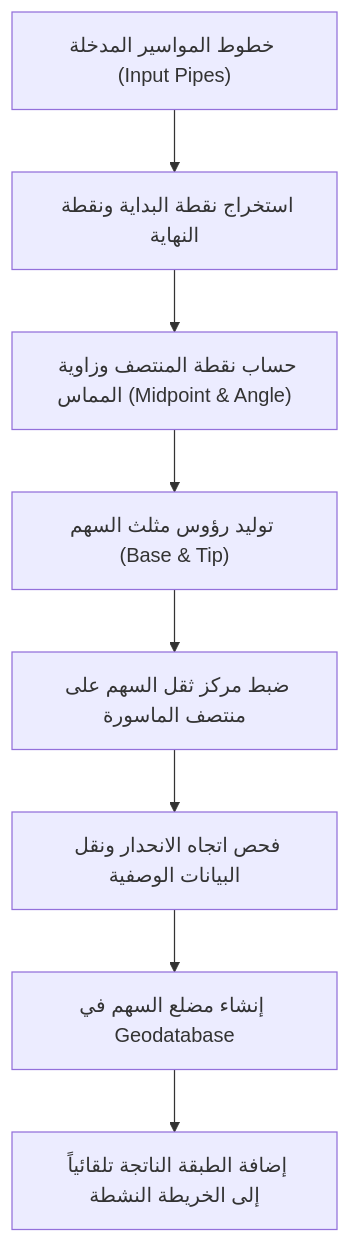
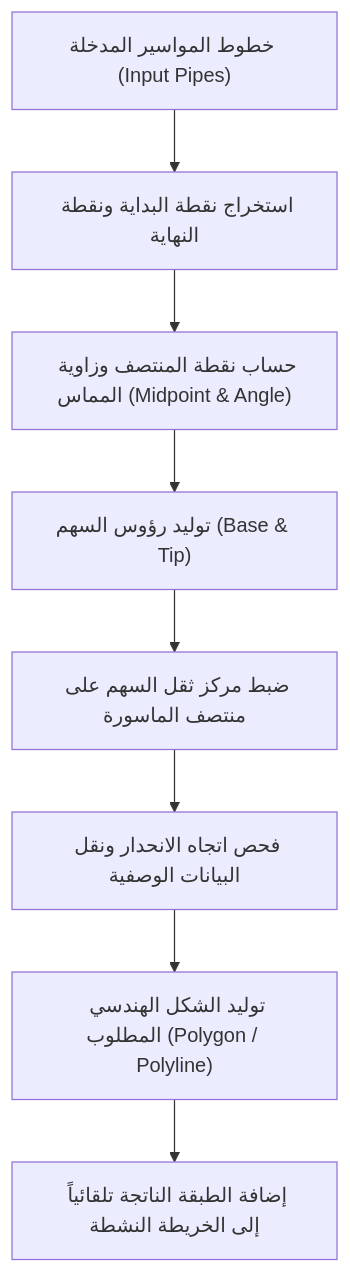
One commit to ahmadibrahim4geo/Create-FlowArrow-Tool changed the diagram in README.md. Above: the diagram before and after it, drawn with Mermaid. The commit also changed other lines of this file and 6 other files, not shown here.

Commit message:
feat: unify tool into English GUI with Polygon/Polyline geometry options, move images to assets/, update web & docs

````diff
--- a/README.md
+++ b/README.md
@@ -63,10 +65,10 @@
 ```mermaid
 flowchart TD
     A["خطوط المواسير المدخلة (Input Pipes)"] --> B["استخراج نقطة البداية ونقطة النهاية"]
     B --> C["حساب نقطة المنتصف وزاوية المماس (Midpoint & Angle)"]
-    C --> D["توليد رؤوس مثلث السهم (Base & Tip)"]
+    C --> D["توليد رؤوس السهم (Base & Tip)"]
     D --> E["ضبط مركز ثقل السهم على منتصف الماسورة"]
     E --> F["فحص اتجاه الانحدار ونقل البيانات الوصفية"]
-    F --> G["إنشاء مضلع السهم في Geodatabase"]
+    F --> G["توليد الشكل الهندسي المطلوب (Polygon / Polyline)"]
     G --> H["إضافة الطبقة الناتجة تلقائياً إلى الخريطة النشطة"]
 ```
````
